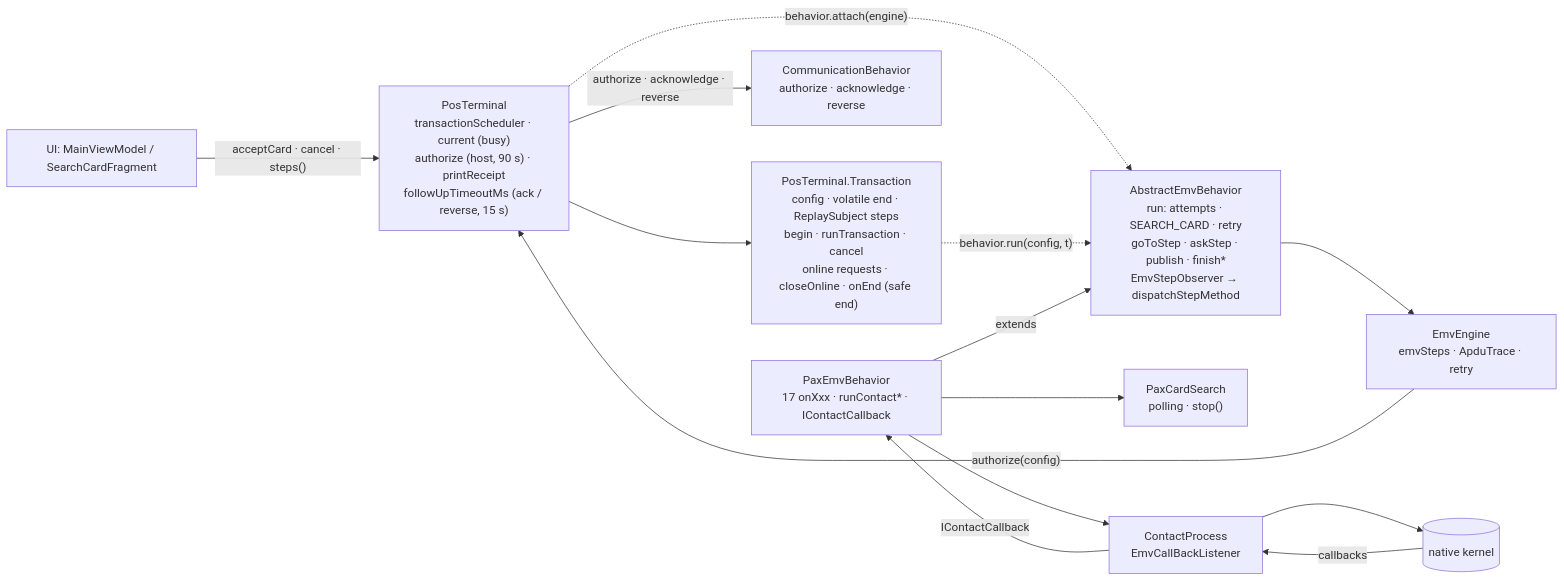
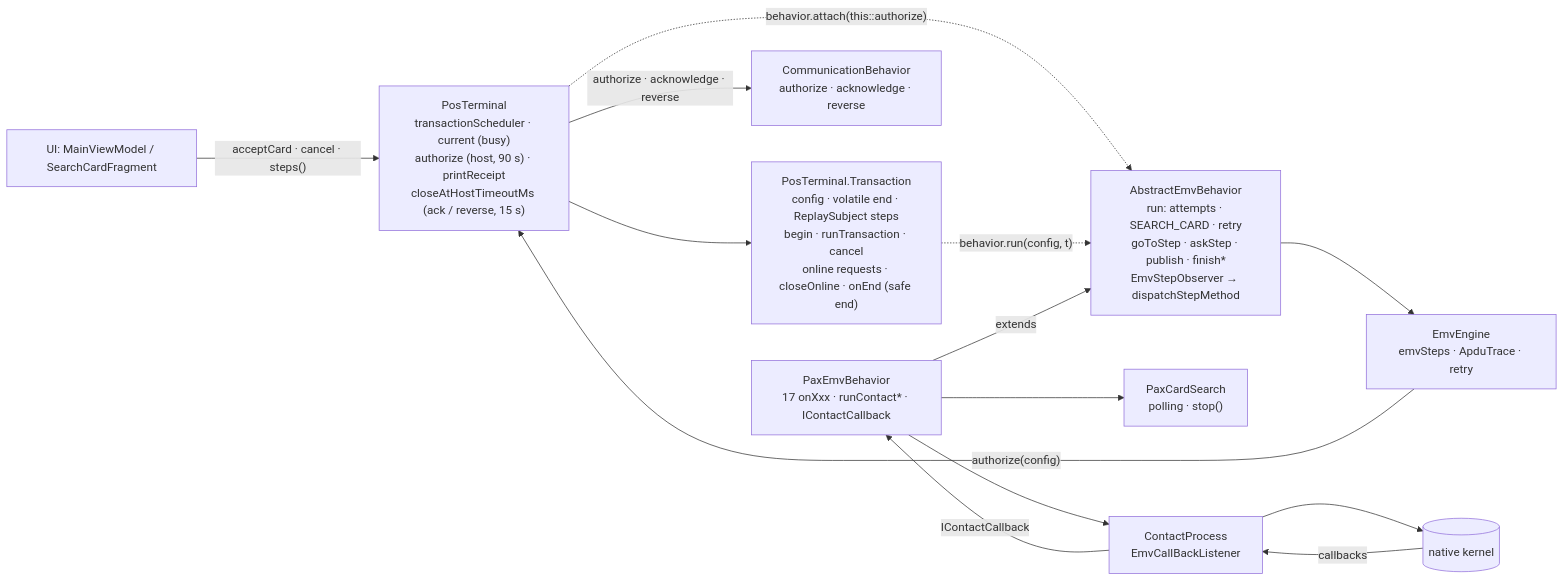
One commit to berothomas33/esaylinkrefactor changed the first of 11 diagrams in doc/REFERENCE.md. Above: the diagram before and after it, drawn with Mermaid. The commit also changed other lines of this file and 3 other files, not shown here.

````diff
--- a/doc/REFERENCE.md
+++ b/doc/REFERENCE.md
@@ -208,22 +208,22 @@
 ```mermaid
 flowchart LR
   UI["UI: MainViewModel / SearchCardFragment"]
-  PT["PosTerminal<br/>transactionScheduler · current (busy)<br/>authorize (host, 90 s) · printReceipt<br/>followUpTimeoutMs (ack / reverse, 15 s)"]
+  PT["PosTerminal<br/>transactionScheduler · current (busy)<br/>authorize (host, 90 s) · printReceipt<br/>closeAtHostTimeoutMs (ack / reverse, 15 s)"]
   TX["PosTerminal.Transaction<br/>config · volatile end · ReplaySubject steps<br/>begin · runTransaction · cancel<br/>online requests · closeOnline · onEnd (safe end)"]
   CB["CommunicationBehavior<br/>authorize · acknowledge · reverse"]
   EN["EmvEngine<br/>emvSteps · ApduTrace · retry"]
   AB["AbstractEmvBehavior<br/>run: attempts · SEARCH_CARD · retry<br/>goToStep · askStep · publish · finish*<br/>EmvStepObserver → dispatchStepMethod"]
   PB["PaxEmvBehavior<br/>17 onXxx · runContact* · IContactCallback"]
   CS["PaxCardSearch<br/>polling · stop()"]
   CP["ContactProcess<br/>EmvCallBackListener"]
   NK[("native kernel")]
   UI -- "acceptCard · cancel · steps()" --> PT --> TX
-  PT -. "behavior.attach(engine)" .-> AB --> EN
+  PT -. "behavior.attach(this::authorize)" .-> AB --> EN
   TX -. "behavior.run(config, t)" .-> AB
   PB -- extends --> AB
   PB --> CS
   PB --> CP --> NK
   NK -- callbacks --> CP -- IContactCallback --> PB
   EN -- "authorize(config)" --> PT
   PT -- "authorize · acknowledge · reverse" --> CB
 ```
````
